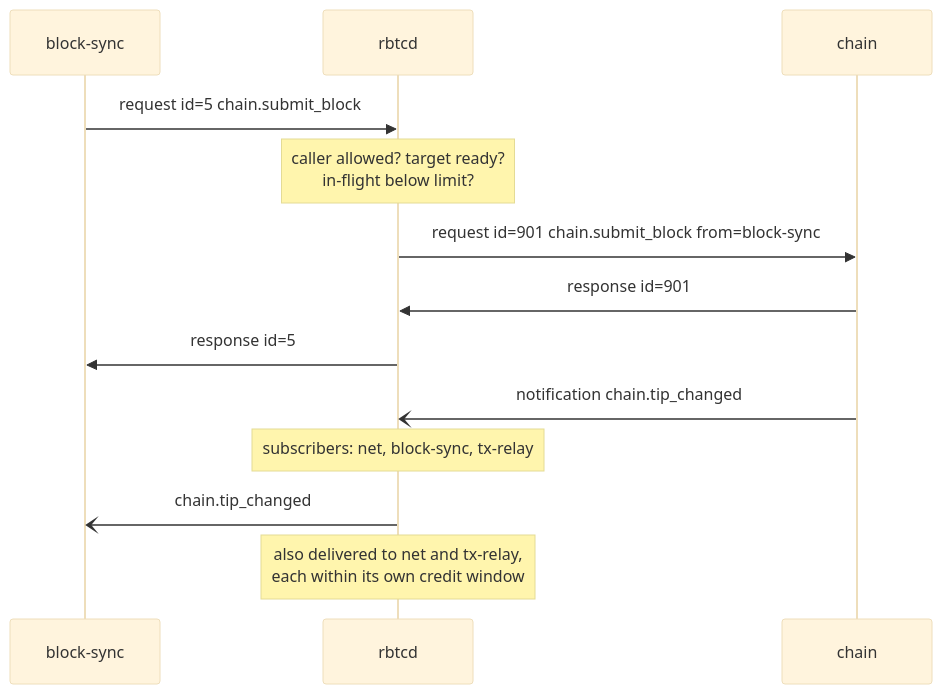
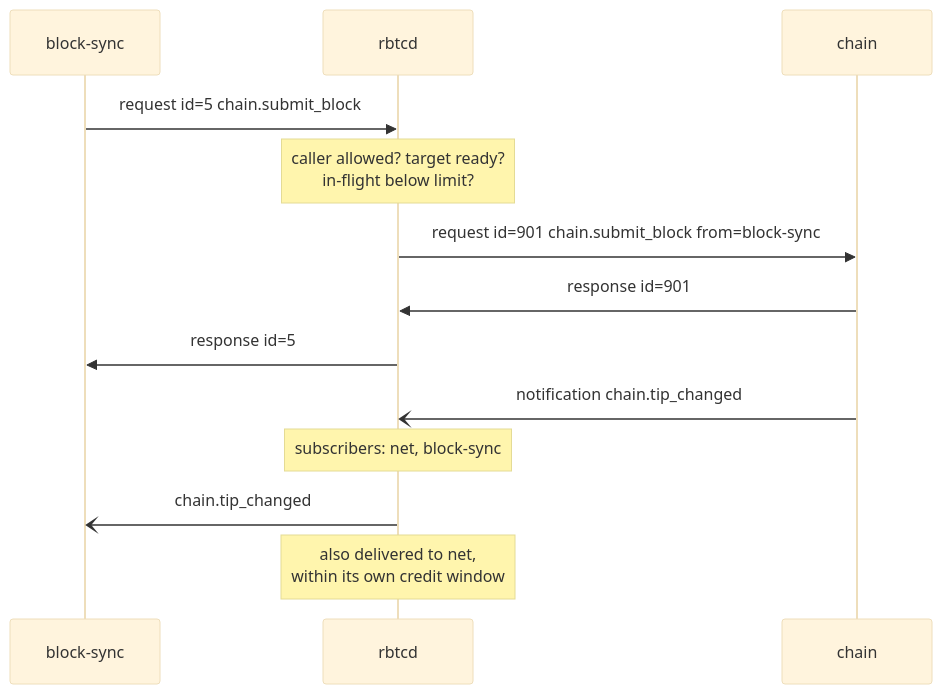
Before and after one commit to RustBTCD/btcd: the diagram in docs/architecture/bus-protocol.md, drawn with Mermaid (base theme). The commit also changed other lines of this file and 31 other files, not shown here.

````diff
--- a/docs/architecture/bus-protocol.md
+++ b/docs/architecture/bus-protocol.md
@@ -78,15 +90,15 @@
 ```mermaid
 sequenceDiagram
     participant BS as block-sync
     participant M as rbtcd
     participant C as chain
     BS->>M: request id=5 chain.submit_block
     Note over M: caller allowed? target ready?<br/>in-flight below limit?
     M->>C: request id=901 chain.submit_block from=block-sync
     C->>M: response id=901
     M->>BS: response id=5
     C-)M: notification chain.tip_changed
-    Note over M: subscribers: net, block-sync, tx-relay
+    Note over M: subscribers: net, block-sync
     M-)BS: chain.tip_changed
-    Note over M: also delivered to net and tx-relay,<br/>each within its own credit window
+    Note over M: also delivered to net,<br/>within its own credit window
 ```
````
